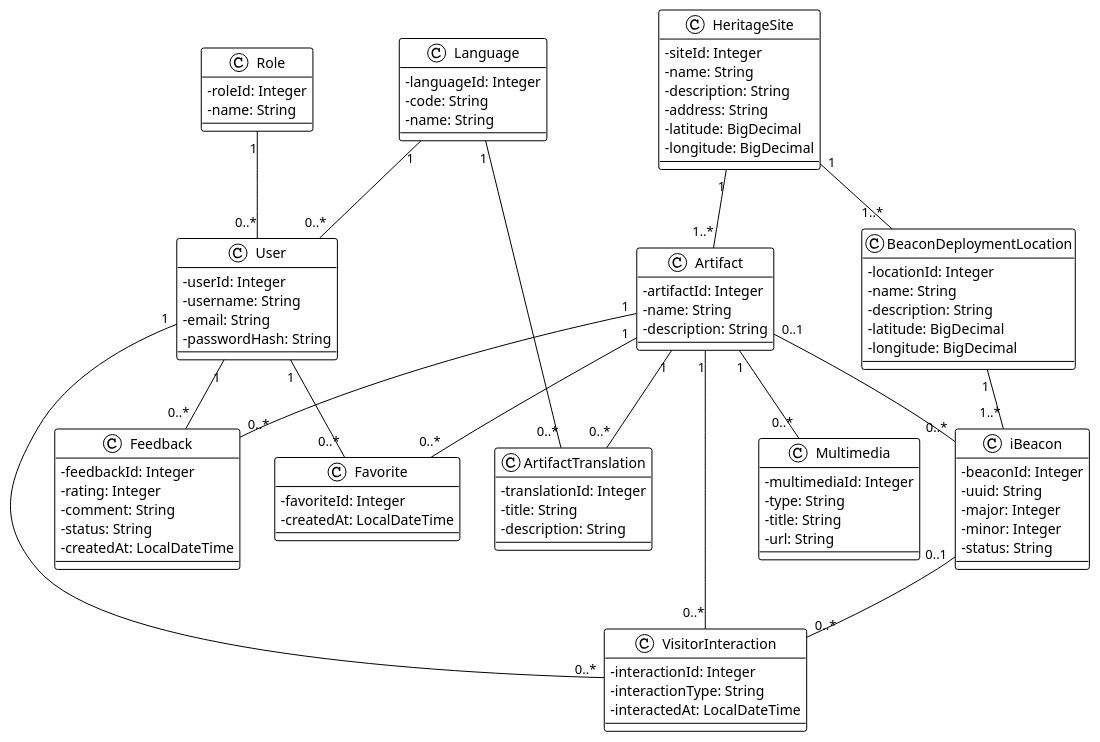
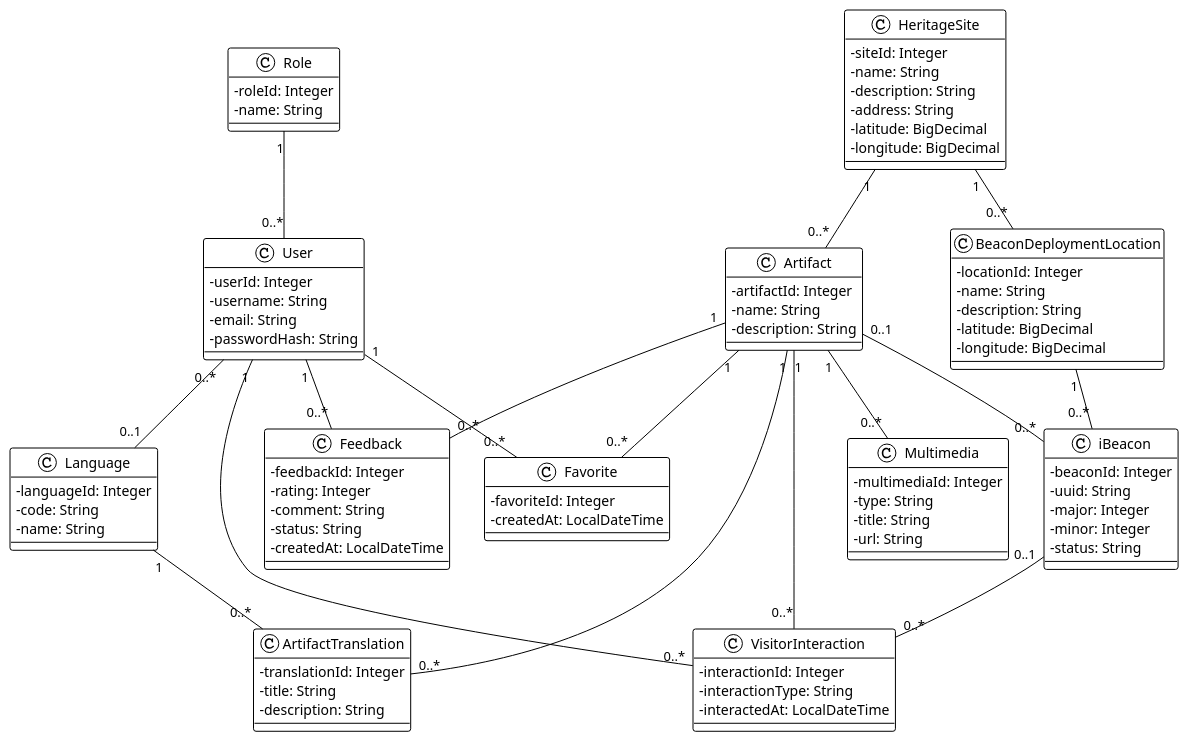
One commit to nahnht27/Laptrinh-Java changed the diagram in docs/design/07_class_diagram.puml. Above: the diagram before and after it, drawn with PlantUML. The commit also changed 1 other file, not shown here.

Commit message:
[LTJ-07] Implement class diagram design and documentation

```diff
--- a/docs/design/07_class_diagram.puml
+++ b/docs/design/07_class_diagram.puml
@@ -1,112 +1,109 @@
-@startuml
+@startuml ClassDiagram
+
 !theme plain
 skinparam classAttributeIconSize 0
+
 class Role {
     - roleId: Integer
-    - name: String
-}
-
-class Language {
-    - languageId: Integer
-    - code: String
     - name: String
 }
 
 class User {
     - userId: Integer
     - username: String
     - email: String
     - passwordHash: String
+}
+
+class Language {
+    - languageId: Integer
+    - code: String
+    - name: String
 }
 
 class HeritageSite {
     - siteId: Integer
     - name: String
     - description: String
     - address: String
     - latitude: BigDecimal
     - longitude: BigDecimal
 }
 
 class Artifact {
     - artifactId: Integer
     - name: String
     - description: String
 }
 
 class Multimedia {
     - multimediaId: Integer
     - type: String
     - title: String
     - url: String
 }
 
 class ArtifactTranslation {
     - translationId: Integer
     - title: String
     - description: String
 }
 
 class BeaconDeploymentLocation {
     - locationId: Integer
     - name: String
     - description: String
     - latitude: BigDecimal
     - longitude: BigDecimal
 }
 
 class iBeacon {
     - beaconId: Integer
     - uuid: String
     - major: Integer
     - minor: Integer
     - status: String
 }
 
 class Favorite {
     - favoriteId: Integer
     - createdAt: LocalDateTime
 }
 
 class VisitorInteraction {
     - interactionId: Integer
     - interactionType: String
     - interactedAt: LocalDateTime
 }
 
 class Feedback {
     - feedbackId: Integer
     - rating: Integer
     - comment: String
     - status: String
     - createdAt: LocalDateTime
 }
 
-Role "1" -- "0..*" User 
+Role "1" -- "0..*" User
+User "0..*" -- "0..1" Language
 
-Language "1" -- "0..*" User 
-
-HeritageSite "1" -- "1..*" Artifact 
-
-Artifact "1" -- "0..*" Multimedia 
-
-Artifact "1" -- "0..*" ArtifactTranslation 
+HeritageSite "1" -- "0..*" Artifact
+Artifact "1" -- "0..*" Multimedia
+Artifact "1" -- "0..*" ArtifactTranslation
 Language "1" -- "0..*" ArtifactTranslation
 
-HeritageSite "1" -- "1..*" BeaconDeploymentLocation 
+HeritageSite "1" -- "0..*" BeaconDeploymentLocation
+BeaconDeploymentLocation "1" -- "0..*" iBeacon
+Artifact "0..1" -- "0..*" iBeacon
 
-BeaconDeploymentLocation "1" -- "1..*" iBeacon 
+User "1" -- "0..*" Favorite
+Artifact "1" -- "0..*" Favorite
 
-Artifact "0..1" -- "0..*" iBeacon 
+User "1" -- "0..*" VisitorInteraction
+Artifact "1" -- "0..*" VisitorInteraction
+iBeacon "0..1" -- "0..*" VisitorInteraction
 
-User "1" -- "0..*" Favorite 
-Artifact "1" -- "0..*" Favorite 
+User "1" -- "0..*" Feedback
+Artifact "1" -- "0..*" Feedback
 
-User "1" -- "0..*" VisitorInteraction 
-Artifact "1" -- "0..*" VisitorInteraction 
-
-iBeacon "0..1" -- "0..*" VisitorInteraction 
-
-User "1" -- "0..*" Feedback 
-Artifact "1" -- "0..*" Feedback
 @enduml
```
